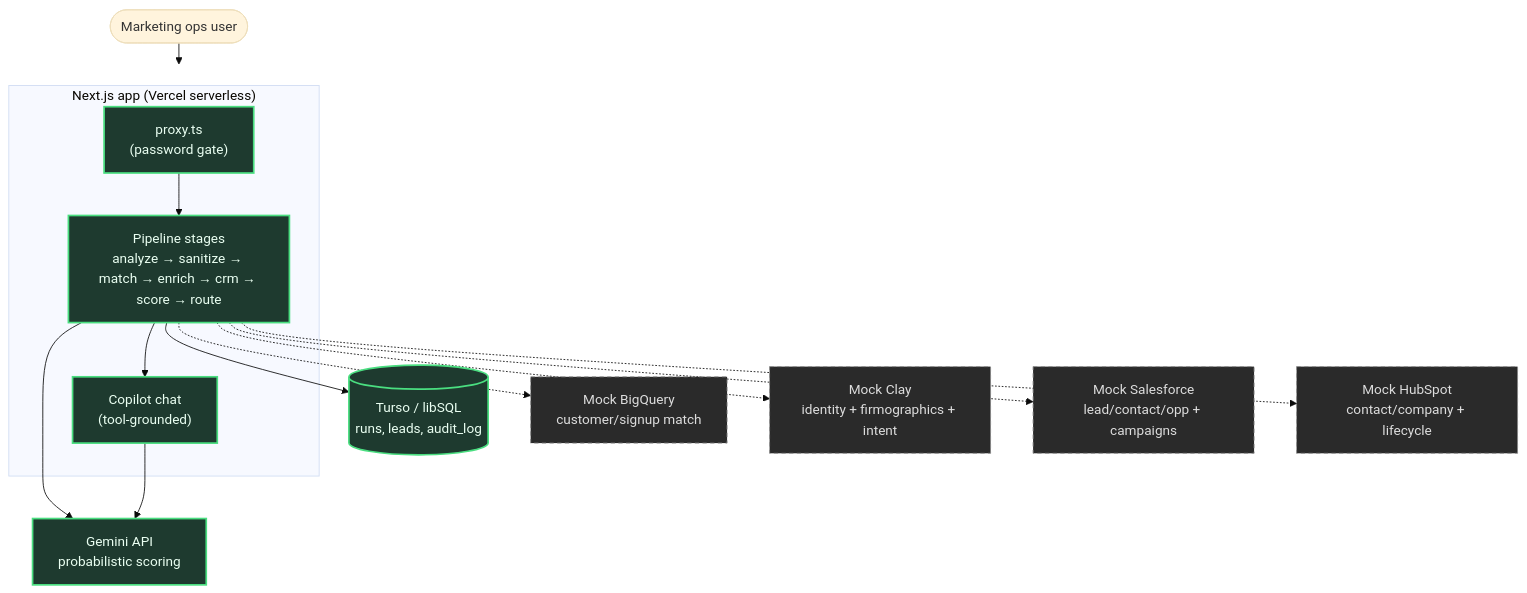
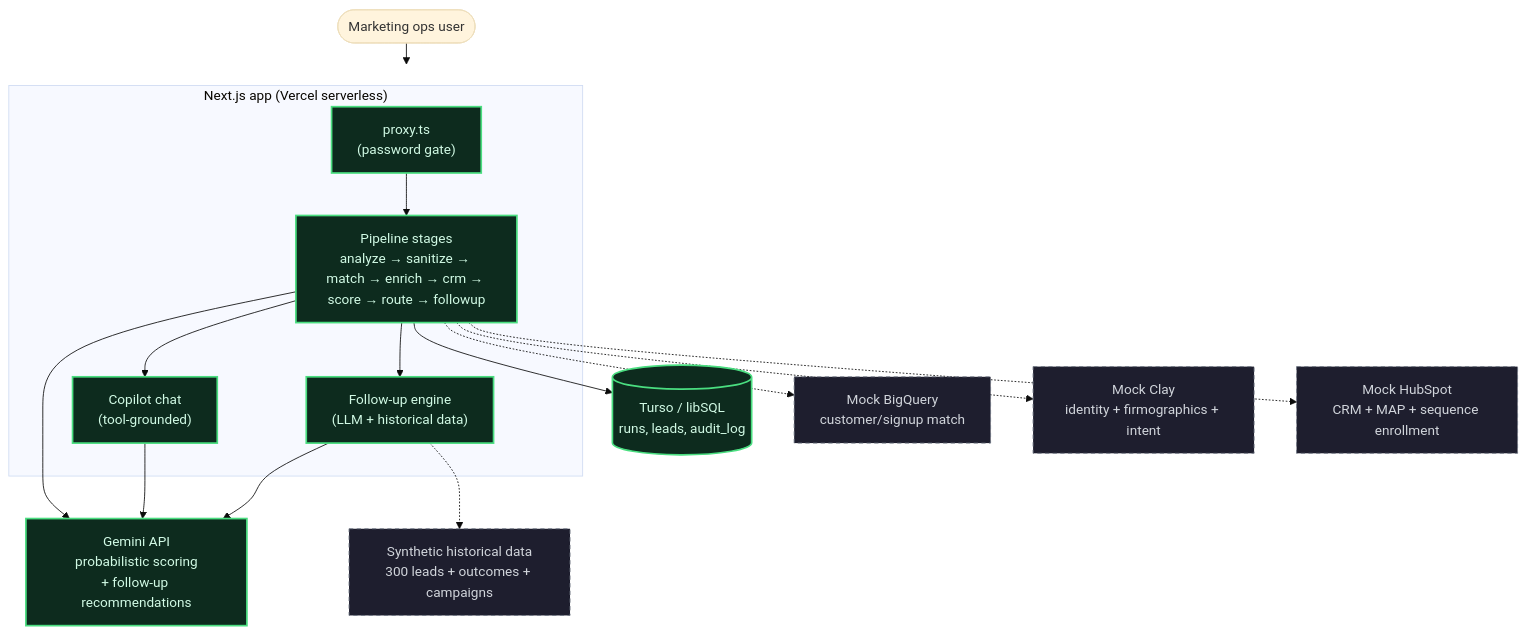
The diagram in README.md (kenlim5656/rp-exercise), drawn with Mermaid (base theme) before and after one commit. The commit also changed other lines of this file and 25 other files, not shown here.

First line of the commit message:
v2: follow-up recommendations, HubSpot-only CRM, UI polish, and full documentation

````diff
--- a/README.md
+++ b/README.md
@@ -14,27 +14,30 @@
 ```mermaid
 flowchart TB
     User(["Marketing ops user"]) --> App
 
     subgraph App["Next.js app (Vercel serverless)"]
         Proxy["proxy.ts\n(password gate)"]
-        Pipeline["Pipeline stages\nanalyze → sanitize → match → enrich → crm → score → route"]
+        Pipeline["Pipeline stages\nanalyze → sanitize → match → enrich → crm → score → route → followup"]
         Copilot["Copilot chat\n(tool-grounded)"]
+        FollowupEngine["Follow-up engine\n(LLM + historical data)"]
     end
 
     Proxy --> Pipeline
     Pipeline --> Copilot
+    Pipeline --> FollowupEngine
 
     Pipeline --> DB[("Turso / libSQL\nruns, leads, audit_log")]
-    Pipeline --> Gemini["Gemini API\nprobabilistic scoring"]
+    Pipeline --> Gemini["Gemini API\nprobabilistic scoring\n+ follow-up recommendations"]
     Copilot --> Gemini
+    FollowupEngine --> Gemini
 
     Pipeline -.-> BQ["Mock BigQuery\ncustomer/signup match"]
     Pipeline -.-> Clay["Mock Clay\nidentity + firmographics + intent"]
-    Pipeline -.-> SF["Mock Salesforce\nlead/contact/opp + campaigns"]
-    Pipeline -.-> HS["Mock HubSpot\ncontact/company + lifecycle"]
+    Pipeline -.-> HS["Mock HubSpot\nCRM + MAP + sequence enrollment"]
+    FollowupEngine -.-> Hist["Synthetic historical data\n300 leads + outcomes + campaigns"]
 
-    classDef real fill:#1e3a2f,stroke:#4ade80,color:#eafff2,stroke-width:2px;
-    classDef simulated fill:#2a2a2a,stroke:#888,color:#ddd,stroke-width:1px,stroke-dasharray:5 4;
-    class DB,Gemini,Proxy,Pipeline,Copilot real;
-    class BQ,Clay,SF,HS simulated;
+    classDef real fill:#0d2b1e,stroke:#4ade80,color:#d1fae5,stroke-width:2px;
+    classDef simulated fill:#1e1e2e,stroke:#6b7280,color:#d1d5db,stroke-width:1px,stroke-dasharray:5 4;
+    class DB,Gemini,Proxy,Pipeline,Copilot,FollowupEngine real;
+    class BQ,Clay,HS,Hist simulated;
 ```
````
